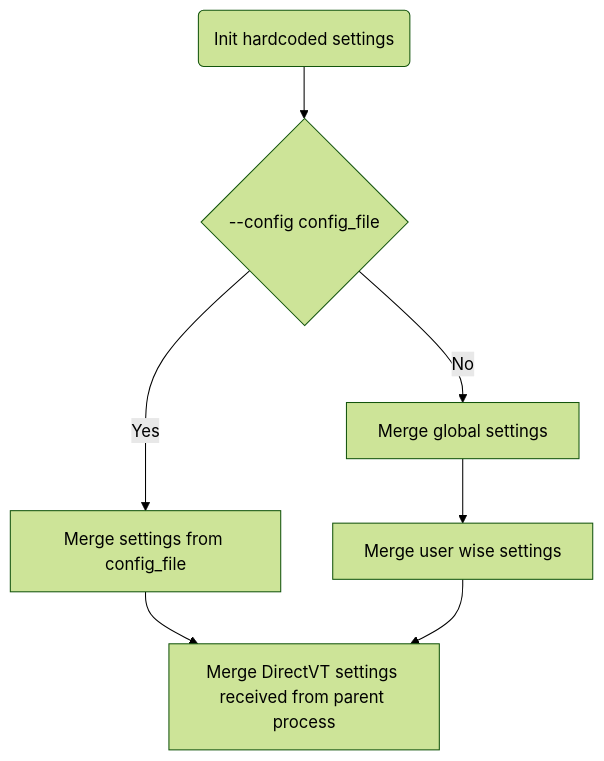
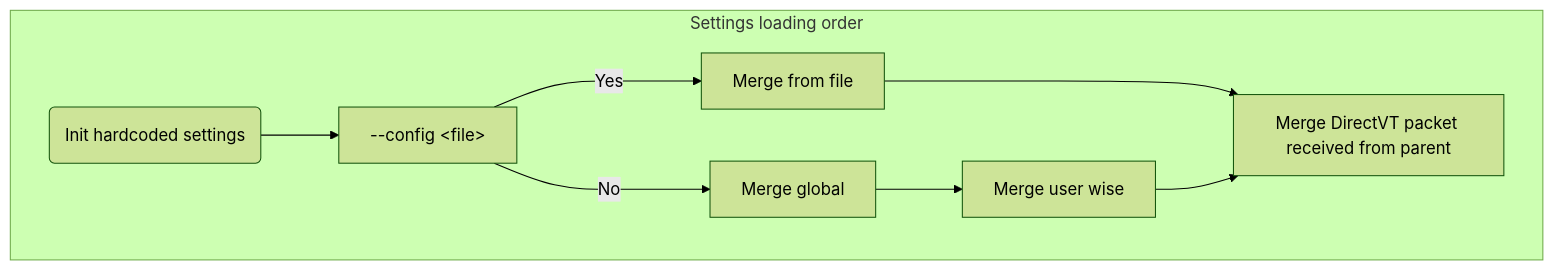
The diagram in doc/settings.md (directvt/vtm), drawn with Mermaid (forest theme) before and after one commit. The commit also changed other lines of this file, not shown here.

Commit message:
#465: Update settings.md

````diff
--- a/doc/settings.md
+++ b/doc/settings.md
@@ -5,10 +5,13 @@
 ```mermaid
-flowchart TD
-    B(Init hardcoded settings)
-    B --> C{--config config_file}
-    C -->|Yes| D[Merge settings from config_file]
-    C -->|No| F[Merge global settings]
-    F --> G[Merge user wise settings]
-    D --> H[Merge DirectVT settings received from parent process]
-    G --> H
+graph LR
+    subgraph Settings loading order
+    direction LR
+        B(Init hardcoded settings)
+        B --> C["--config #lt;file#gt;"]
+        C -->|Yes| D[Merge from file]
+        C --->|No| F[Merge global]
+        F --> G[Merge user wise]
+        D ---> H[Merge DirectVT packet received from parent]
+        G --> H
+    end
 ```
````
